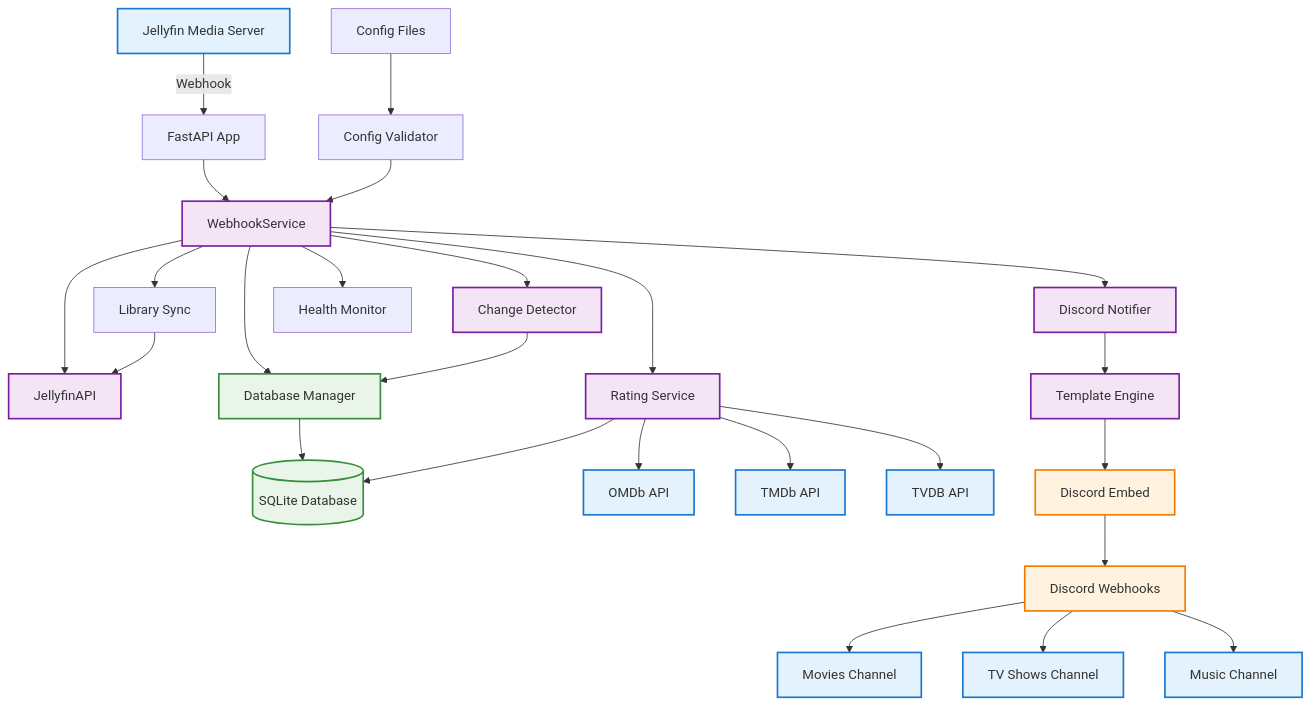
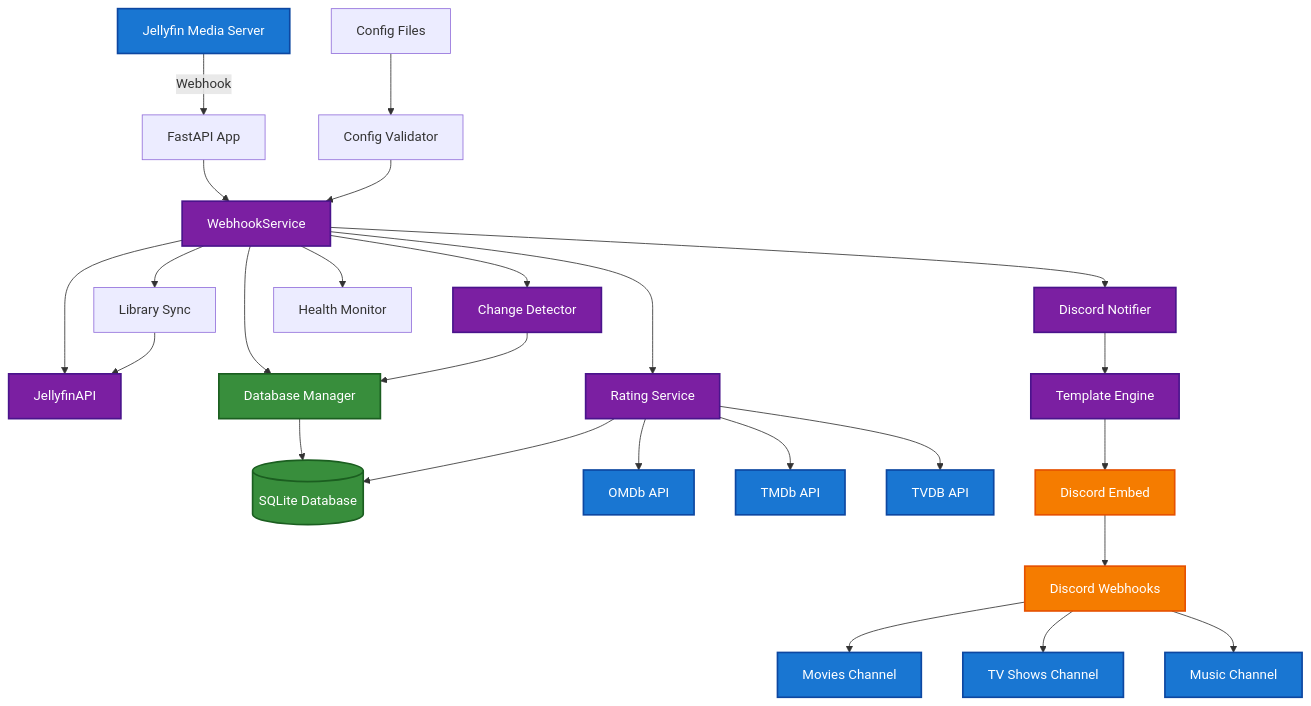
Before and after one commit to themaluxis/Jellynouncer: the diagram in Readme.md, drawn with Mermaid.

````diff
--- a/Readme.md
+++ b/Readme.md
@@ -319,53 +319,53 @@
 ```mermaid
 graph TD
     %% Main Flow
     A[Jellyfin Media Server] -->|Webhook| B[FastAPI App]
     B --> C[WebhookService]
     
     %% Core Components
     C --> D[JellyfinAPI]
     C --> E[Change Detector]  
     C --> F[Database Manager]
     C --> G[Discord Notifier]
     C --> H[Rating Service]
     
     %% Database Layer
     E --> F
     F --> DB[(SQLite Database)]
     H --> DB
     
     %% External APIs
     H --> API1[OMDb API]
     H --> API2[TMDb API]
     H --> API3[TVDB API]
     
     %% Discord Flow
     G --> TMPL[Template Engine]
     TMPL --> JSON[Discord Embed]
     JSON --> DISCORD[Discord Webhooks]
     
     %% Output Channels
     DISCORD --> CH1[Movies Channel]
     DISCORD --> CH2[TV Shows Channel] 
     DISCORD --> CH3[Music Channel]
     
     %% Configuration
     CONFIG[Config Files] --> VALID[Config Validator]
     VALID --> C
     
     %% Background Tasks
     C --> SYNC[Library Sync]
     C --> HEALTH[Health Monitor]
     SYNC --> D
     
     %% Styling
-    classDef external fill:#e3f2fd,stroke:#1976d2,stroke-width:2px
-    classDef core fill:#f3e5f5,stroke:#7b1fa2,stroke-width:2px
-    classDef database fill:#e8f5e8,stroke:#388e3c,stroke-width:2px
-    classDef discord fill:#fff3e0,stroke:#f57c00,stroke-width:2px
+    classDef external fill:#1976d2,stroke:#0d47a1,stroke-width:2px,color:#ffffff
+    classDef core fill:#7b1fa2,stroke:#4a148c,stroke-width:2px,color:#ffffff
+    classDef database fill:#388e3c,stroke:#1b5e20,stroke-width:2px,color:#ffffff
+    classDef discord fill:#f57c00,stroke:#e65100,stroke-width:2px,color:#ffffff
     
     class A,API1,API2,API3,CH1,CH2,CH3 external
     class C,D,E,G,H,TMPL core
     class F,DB database
     class JSON,DISCORD discord
 ```
````
